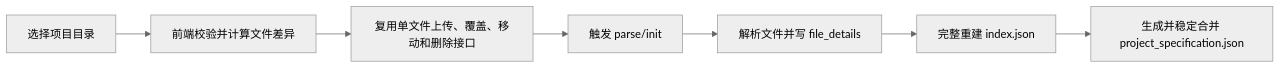
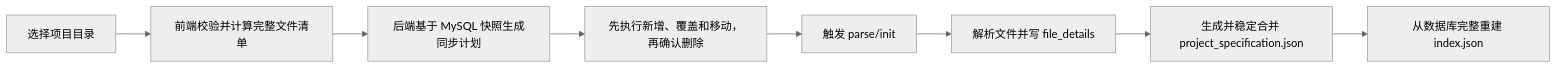
One commit to ningningsenpai/PM-AGENT changed the first of 2 diagrams in docs/23-项目补全计划.md. Above: the diagram before and after it, drawn with Mermaid (neutral theme). The commit also changed other lines of this file and 57 other files, not shown here.

````diff
--- a/docs/23-项目补全计划.md
+++ b/docs/23-项目补全计划.md
@@ -91,9 +91,10 @@
 ```mermaid
 flowchart LR
-    A["选择项目目录"] --> B["前端校验并计算文件差异"]
-    B --> C["复用单文件上传、覆盖、移动和删除接口"]
-    C --> D["触发 parse/init"]
-    D --> E["解析文件并写 file_details"]
-    E --> F["完整重建 index.json"]
+    A["选择项目目录"] --> B["前端校验并计算完整文件清单"]
+    B --> C["后端基于 MySQL 快照生成同步计划"]
+    C --> D["先执行新增、覆盖和移动，再确认删除"]
+    D --> E["触发 parse/init"]
+    E --> F["解析文件并写 file_details"]
     F --> G["生成并稳定合并 project_specification.json"]
+    G --> H["从数据库完整重建 index.json"]
 ```
````
